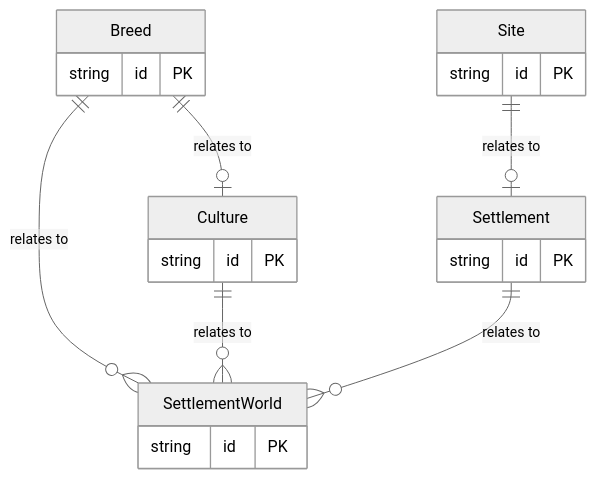
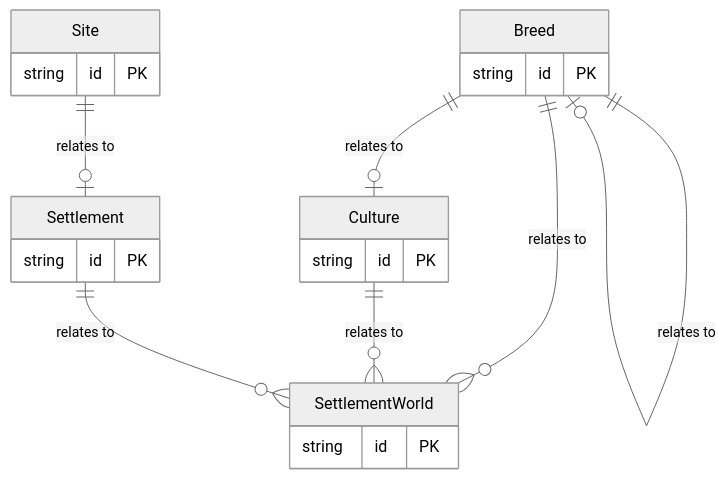
One commit to bkalaf/echoes-of-eidolon changed the diagram in docs/architecture/mermaid/entity/e16-settlement-worlds.mmd. Above: the diagram before and after it, drawn with Mermaid (neutral theme). The commit also changed 69 other files, not shown here.

```diff
--- a/docs/architecture/mermaid/entity/e16-settlement-worlds.mmd
+++ b/docs/architecture/mermaid/entity/e16-settlement-worlds.mmd
@@ -1,22 +1,23 @@
 %% Settlement worlds
 erDiagram
   Site {
     string id PK
   }
   Settlement {
     string id PK
   }
   SettlementWorld {
     string id PK
   }
   Culture {
     string id PK
   }
   Breed {
     string id PK
   }
   Breed ||--o| Culture : "relates to"
+  Breed ||--o| Breed : "relates to"
   Breed ||--o{ SettlementWorld : "relates to"
   Culture ||--o{ SettlementWorld : "relates to"
   Site ||--o| Settlement : "relates to"
   Settlement ||--o{ SettlementWorld : "relates to"
```
